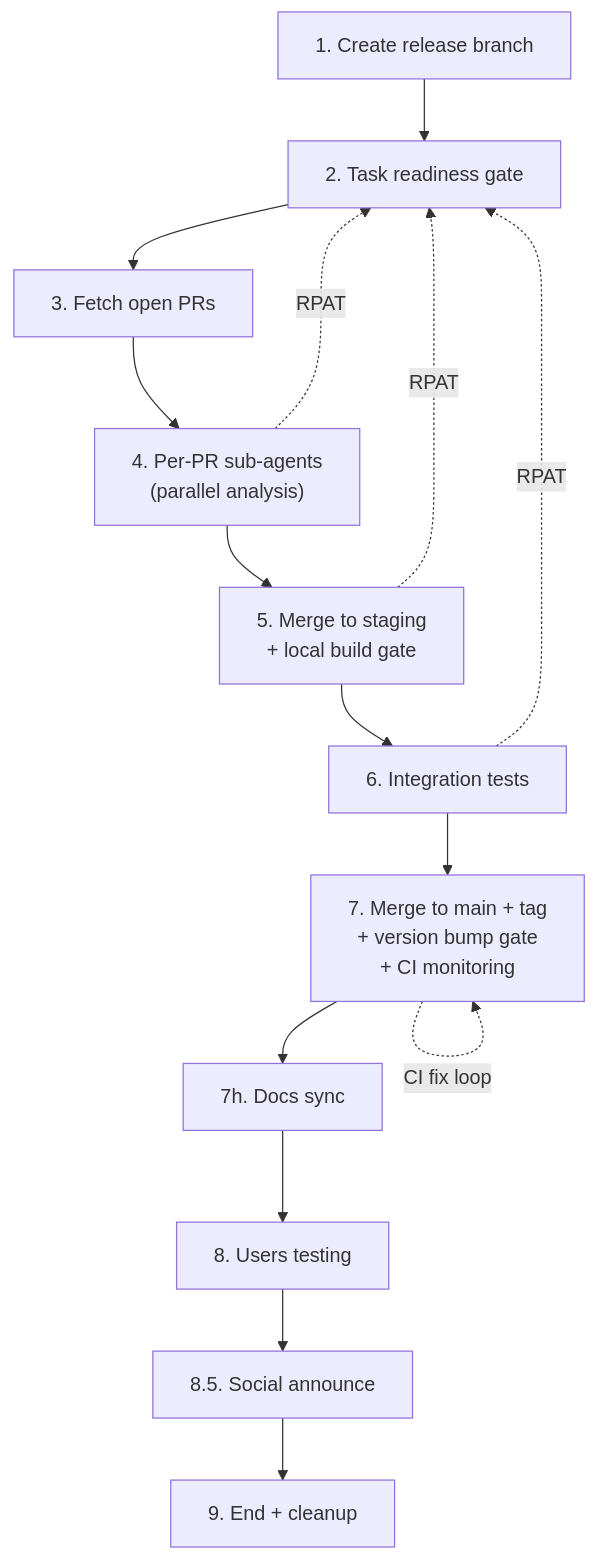
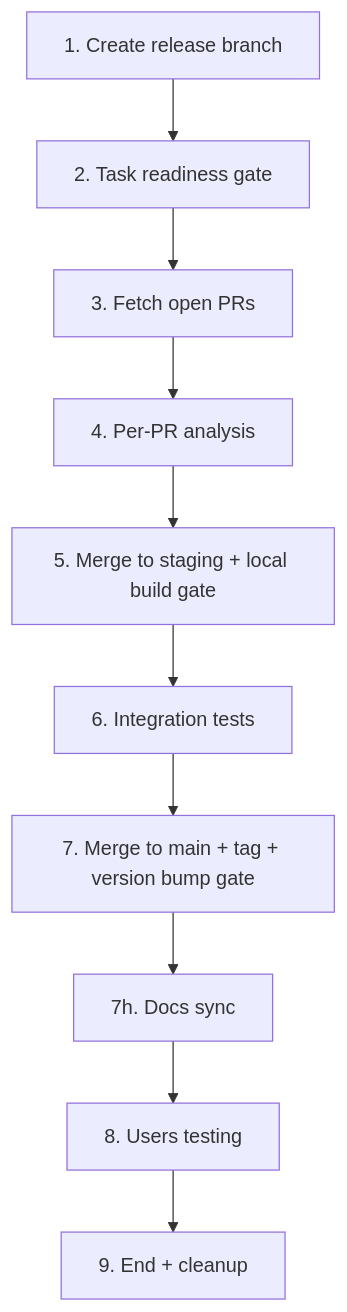
Before and after one commit to dnviti/codeclaw: the third of 6 diagrams in docs/architecture.md, drawn with Mermaid. The commit also changed other lines of this file and 95 other files, not shown here.

````diff
--- a/docs/architecture.md
+++ b/docs/architecture.md
@@ -346,21 +209,15 @@
 ```mermaid
 flowchart TD
     S1["1. Create release branch"]
     S2["2. Task readiness gate"]
     S3["3. Fetch open PRs"]
-    S4["4. Per-PR sub-agents<br>(parallel analysis)"]
-    S5["5. Merge to staging<br>+ local build gate"]
+    S4["4. Per-PR analysis"]
+    S5["5. Merge to staging + local build gate"]
     S6["6. Integration tests"]
-    S7["7. Merge to main + tag<br>+ version bump gate<br>+ CI monitoring"]
+    S7["7. Merge to main + tag + version bump gate"]
     S7H["7h. Docs sync"]
     S8["8. Users testing"]
-    S85["8.5. Social announce"]
     S9["9. End + cleanup"]
 
-    S1 --> S2 --> S3 --> S4 --> S5 --> S6 --> S7 --> S7H --> S8 --> S85 --> S9
-
-    S4 -.->|"RPAT"| S2
-    S5 -.->|"RPAT"| S2
-    S6 -.->|"RPAT"| S2
-    S7 -.->|"CI fix loop"| S7
+    S1 --> S2 --> S3 --> S4 --> S5 --> S6 --> S7 --> S7H --> S8 --> S9
 ```
````
